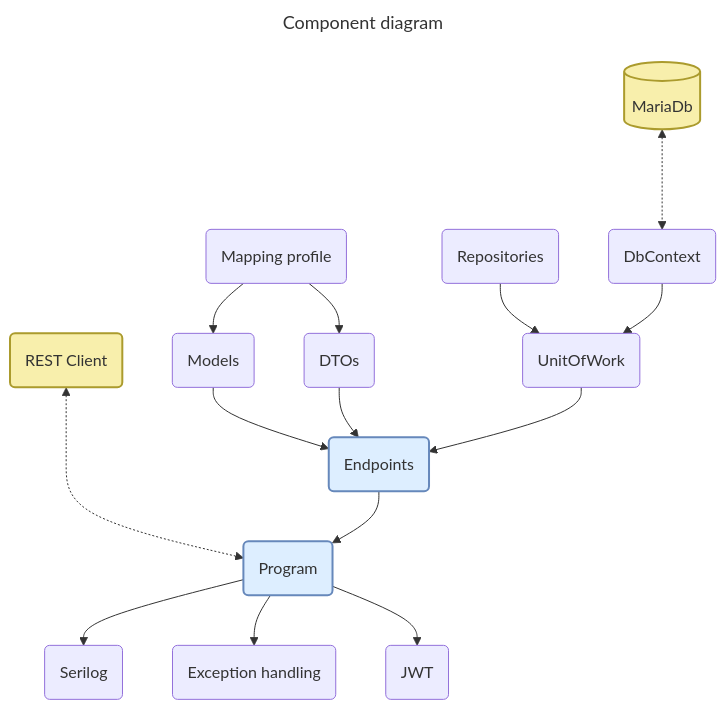
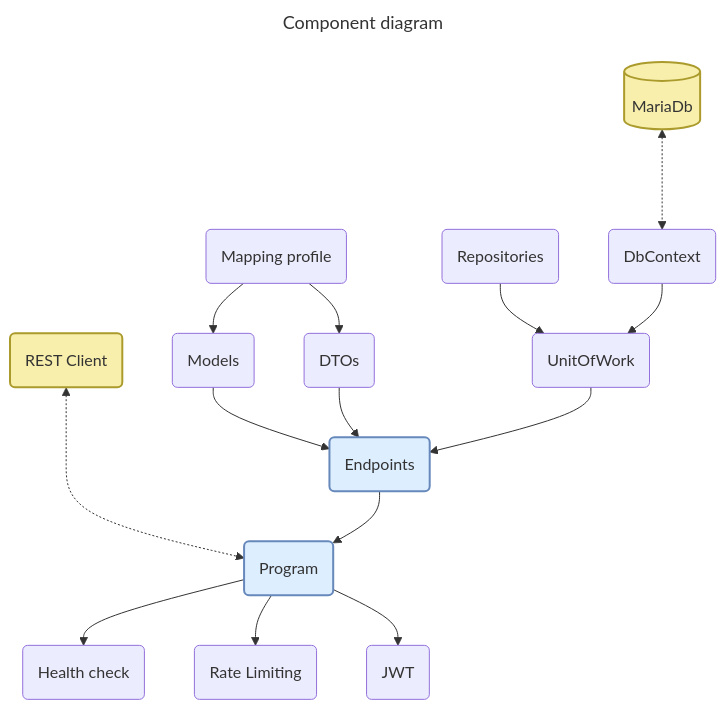
Before and after one commit to RaduTerec/Weather: the second of 3 diagrams in README.md, drawn with Mermaid. The commit also changed other lines of this file and 16 other files, not shown here.

First line of the commit message:
WTH #2 Database setup. Defined DBContextPool with secret. Defined an empty WeatherDbContext. Wrote the health endpoint. Defined the SQLite Integration test DB. Wrote the first integration test for the health check.

````diff
--- a/README.md
+++ b/README.md
@@ -48,25 +61,25 @@
 ```mermaid
 ---
 title: Component diagram
 ---
 flowchart
    client(REST Client) <-..-> api(Program)
-   api --> log(Serilog)
-   api --> exception(Exception handling)
+   api --> health(Health check)
+   api --> rate(Rate Limiting)
    api --> jwt(JWT)
    ep(Endpoints) --> api
    models(Models) --> ep
    dto(DTOs) --> ep
    mp(Mapping profile) --> dto
    mp --> models
    uw(UnitOfWork) --> ep
    rp(Repositories) --> uw
    dbc(DbContext) --> uw
    db[(MariaDb)] <-..-> dbc
 
    %% styles
    style api fill:#def,stroke:#68b,stroke-width:2px
    style ep fill:#def,stroke:#68b,stroke-width:2px
    style db fill:#f8efac,stroke:#ab9b2d,stroke-width:2px
    style client fill:#f8efac,stroke:#ab9b2d,stroke-width:2px
 ```
````
